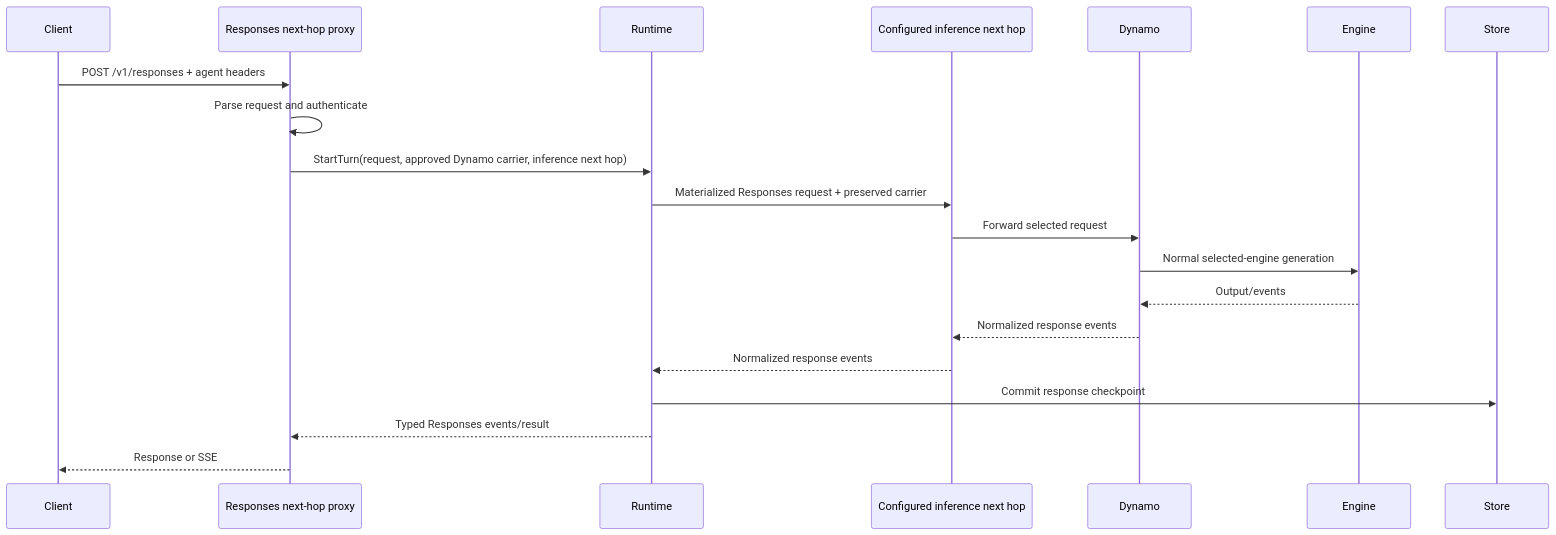
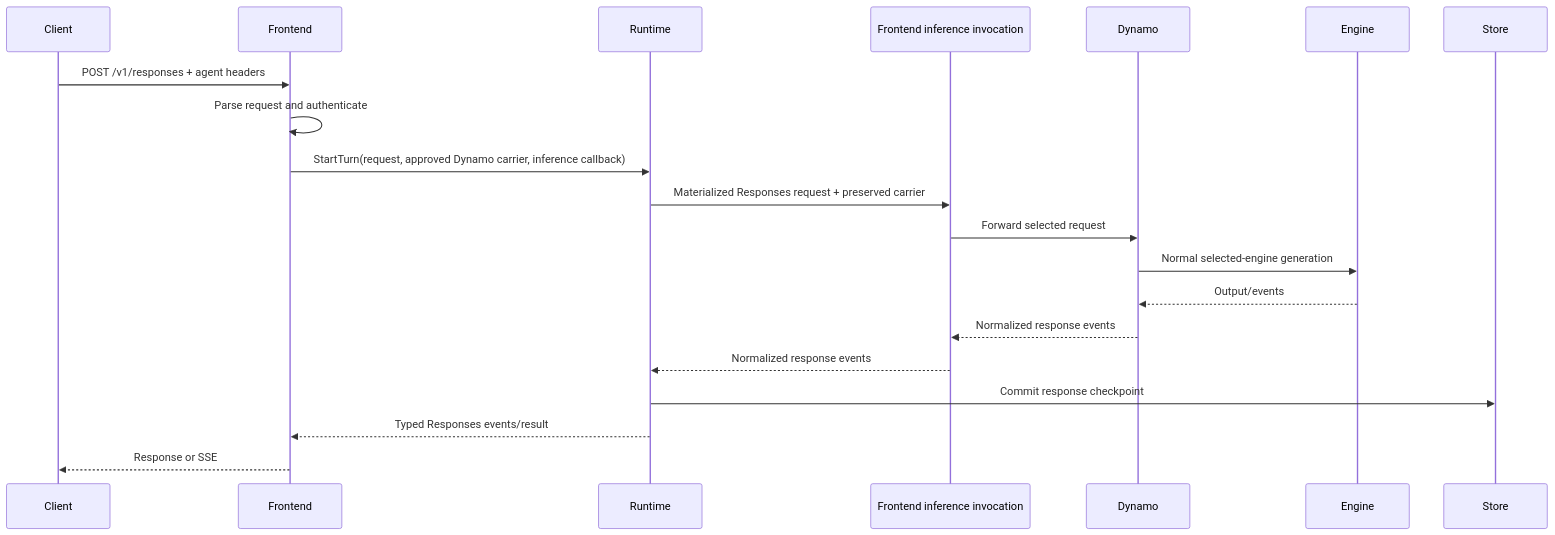
Before and after one commit to ai-dynamo/dynamo: the second of 3 diagrams in docs/design/stateful-agent-runtime.md, drawn with Mermaid. The commit also changed other lines of this file, not shown here.

Commit message:
docs: remove extra proxy layer from agent runtime

````diff
--- a/docs/design/stateful-agent-runtime.md
+++ b/docs/design/stateful-agent-runtime.md
@@ -104,23 +104,23 @@
 ```mermaid
 sequenceDiagram
   participant Client
-  participant Proxy as Responses next-hop proxy
+  participant Frontend
   participant Runtime
-  participant NextHop as Configured inference next hop
+  participant Inference as Frontend inference invocation
   participant Dynamo
   participant Engine
   participant Store
 
-  Client->>Proxy: POST /v1/responses + agent headers
-  Proxy->>Proxy: Parse request and authenticate
-  Proxy->>Runtime: StartTurn(request, approved Dynamo carrier, inference next hop)
-  Runtime->>NextHop: Materialized Responses request + preserved carrier
-  NextHop->>Dynamo: Forward selected request
+  Client->>Frontend: POST /v1/responses + agent headers
+  Frontend->>Frontend: Parse request and authenticate
+  Frontend->>Runtime: StartTurn(request, approved Dynamo carrier, inference callback)
+  Runtime->>Inference: Materialized Responses request + preserved carrier
+  Inference->>Dynamo: Forward selected request
   Dynamo->>Engine: Normal selected-engine generation
   Engine-->>Dynamo: Output/events
-  Dynamo-->>NextHop: Normalized response events
-  NextHop-->>Runtime: Normalized response events
+  Dynamo-->>Inference: Normalized response events
+  Inference-->>Runtime: Normalized response events
   Runtime->>Store: Commit response checkpoint
-  Runtime-->>Proxy: Typed Responses events/result
-  Proxy-->>Client: Response or SSE
+  Runtime-->>Frontend: Typed Responses events/result
+  Frontend-->>Client: Response or SSE
 ```
````
